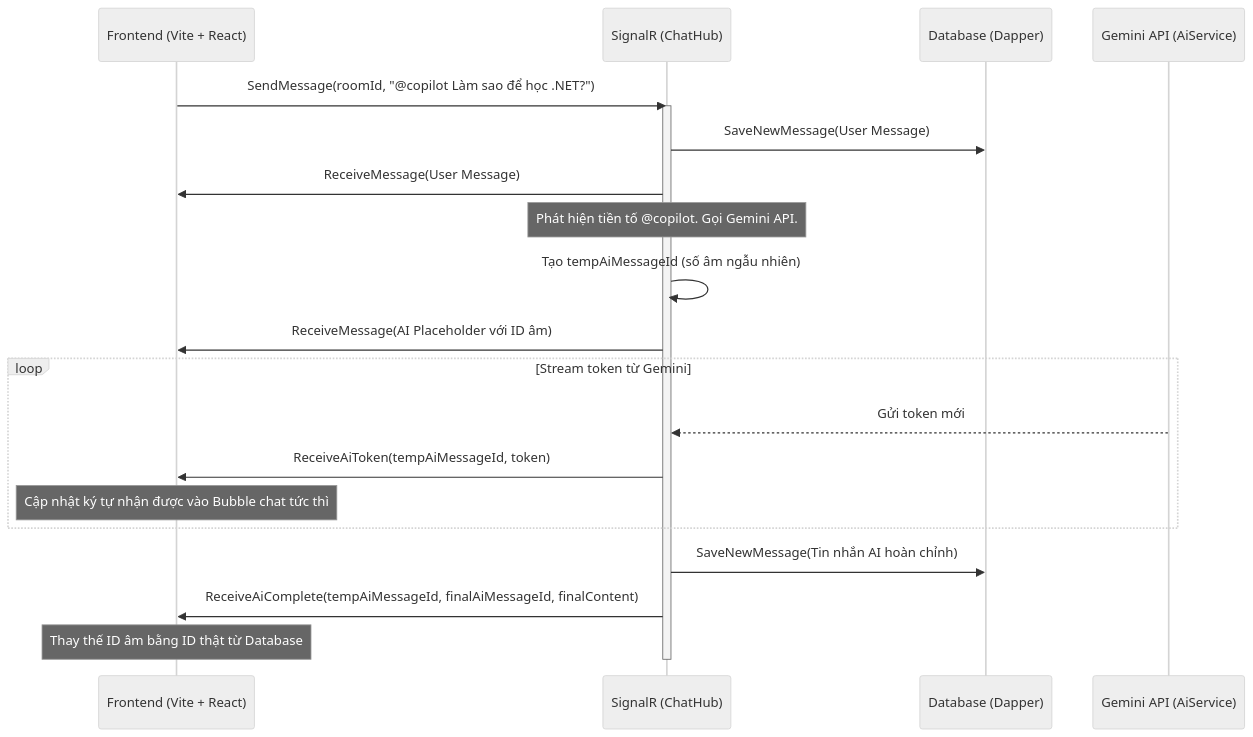
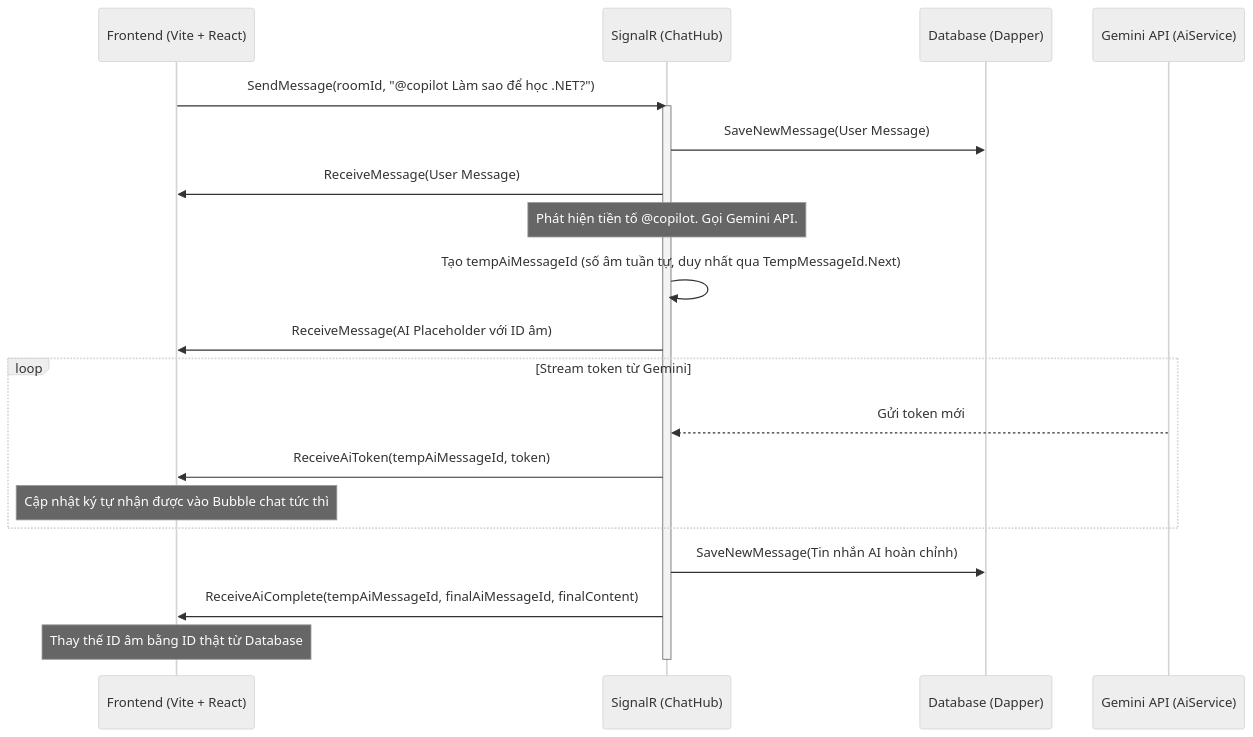
One commit to TranAnPhuc/NexivraChat changed the diagram in context.md. Above: the diagram before and after it, drawn with Mermaid (neutral theme).

Commit message:
docs: cập nhật context.md — temp-ID giờ tuần tự (TempMessageId.Next)

````diff
--- a/context.md
+++ b/context.md
@@ -137,29 +137,29 @@
 ```mermaid
 sequenceDiagram
     participant Client as Frontend (Vite + React)
     participant Hub as SignalR (ChatHub)
     participant Repo as Database (Dapper)
     participant AI as Gemini API (AiService)
 
     Client->>Hub: SendMessage(roomId, "@copilot Làm sao để học .NET?")
     activate Hub
     
     Hub->>Repo: SaveNewMessage(User Message)
     Hub->>Client: ReceiveMessage(User Message)
     
     Note over Hub: Phát hiện tiền tố @copilot. Gọi Gemini API.
     
-    Hub->>Hub: Tạo tempAiMessageId (số âm ngẫu nhiên)
+    Hub->>Hub: Tạo tempAiMessageId (số âm tuần tự, duy nhất qua TempMessageId.Next)
     Hub->>Client: ReceiveMessage(AI Placeholder với ID âm)
     
     loop Stream token từ Gemini
         AI-->>Hub: Gửi token mới
         Hub->>Client: ReceiveAiToken(tempAiMessageId, token)
         Note over Client: Cập nhật ký tự nhận được vào Bubble chat tức thì
     end
     
     Hub->>Repo: SaveNewMessage(Tin nhắn AI hoàn chỉnh)
     Hub->>Client: ReceiveAiComplete(tempAiMessageId, finalAiMessageId, finalContent)
     Note over Client: Thay thế ID âm bằng ID thật từ Database
     deactivate Hub
 ```
````
